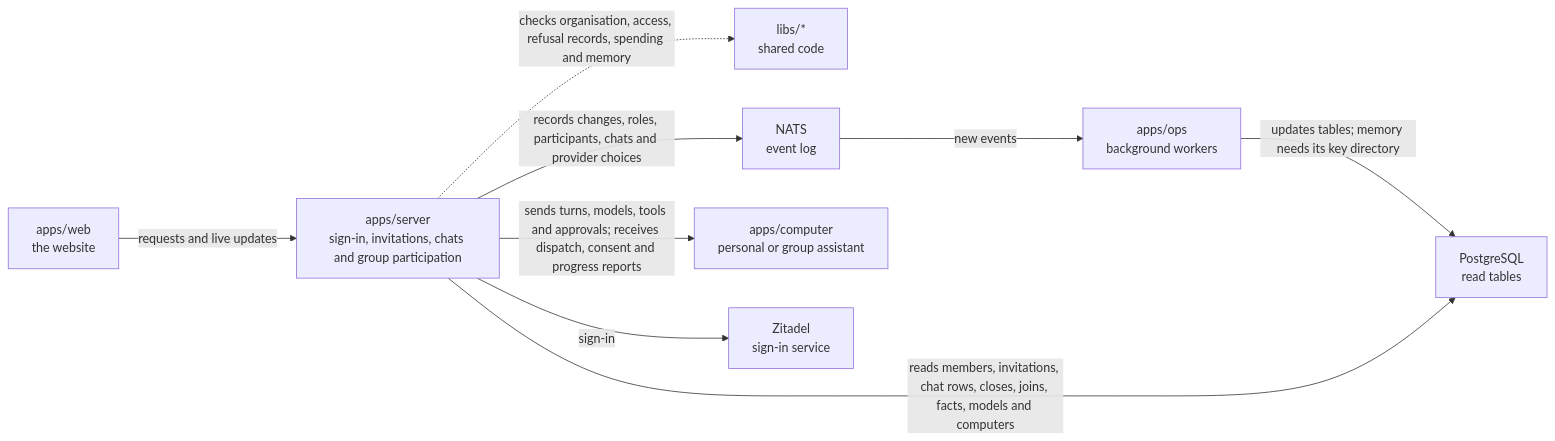
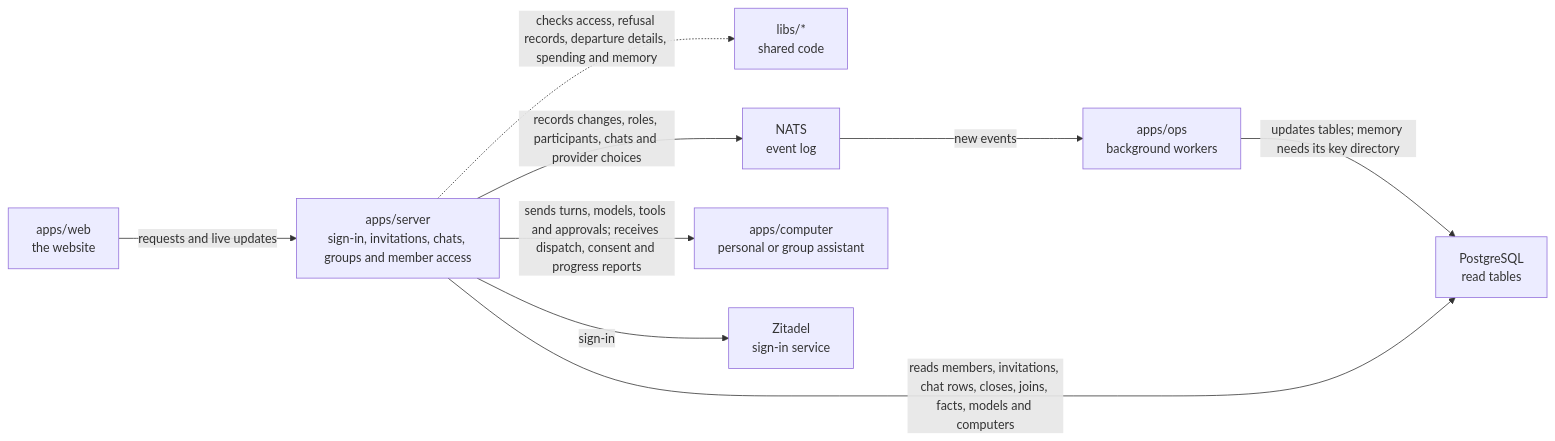
The diagram in apps/server/README.md (elewa-git/opencrane-new), drawn with Mermaid before and after one commit. The commit also changed other lines of this file and 11 other files, not shown here.

Commit message:
🔍 Explain member access and review departure dependencies

````diff
--- a/apps/server/README.md
+++ b/apps/server/README.md
@@ -11,11 +11,11 @@
 ```mermaid
 flowchart LR
-  web["apps/web<br/>the website"] -->|requests and live updates| server["apps/server<br/>sign-in, invitations, chats and group participation"]
-  server -.->|checks organisation, access, refusal records, spending and memory| libs["libs/*<br/>shared code"]
+  web["apps/web<br/>the website"] -->|requests and live updates| server["apps/server<br/>sign-in, invitations, chats, groups and member access"]
+  server -.->|checks access, refusal records, departure details, spending and memory| libs["libs/*<br/>shared code"]
   server -->|records changes, roles, participants, chats and provider choices| nats["NATS<br/>event log"]
   nats -->|new events| ops["apps/ops<br/>background workers"]
   ops -->|updates tables; memory needs its key directory| postgres["PostgreSQL<br/>read tables"]
   server -->|reads members, invitations, chat rows, closes, joins, facts, models and computers| postgres
   server -->|sends turns, models, tools and approvals; receives dispatch, consent and progress reports| computer["apps/computer<br/>personal or group assistant"]
   server -->|sign-in| zitadel["Zitadel<br/>sign-in service"]
 ```
````
